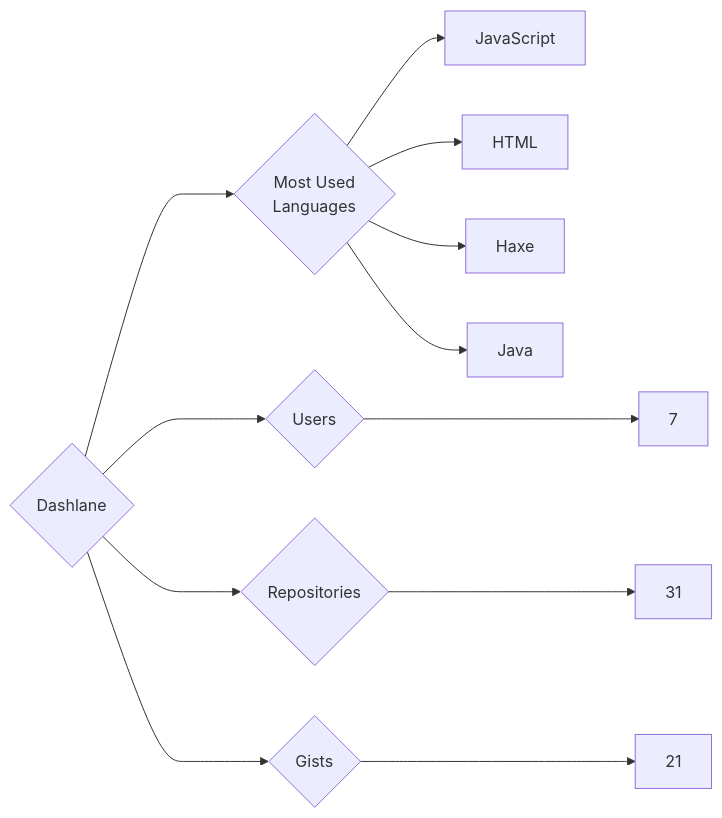
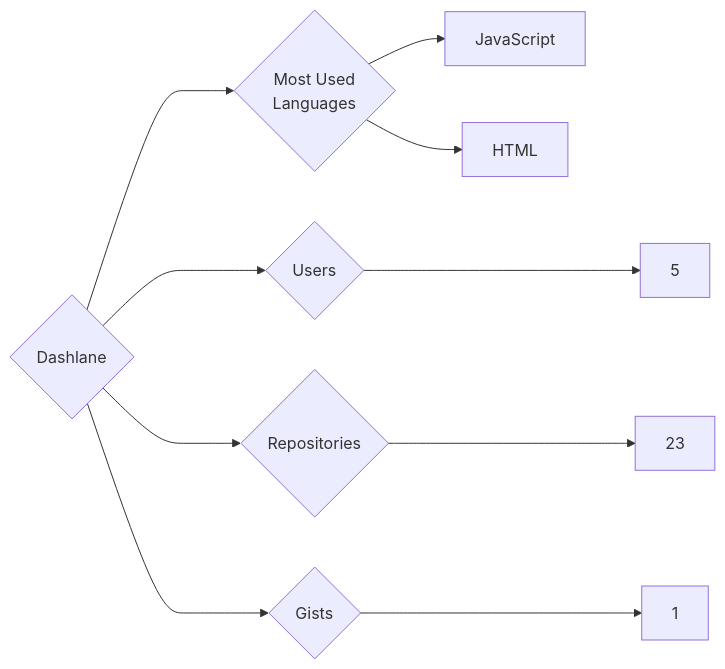
One commit to trickest/insiders changed the diagram in targets/Dashlane/README.md. Above: the diagram before and after it, drawn with Mermaid. The commit also changed 1084 other files, not shown here.

````diff
--- a/targets/Dashlane/README.md
+++ b/targets/Dashlane/README.md
@@ -3,12 +3,10 @@
 ```mermaid
 graph LR
 COMPANY_NAME{Dashlane}
-COMPANY_NAME ---> U{Users} ---> UN[7]
-COMPANY_NAME ---> R{Repositories} ---> RN[31]
-COMPANY_NAME ---> G{Gists} ---> GN[21]
+COMPANY_NAME ---> U{Users} ---> UN[5]
+COMPANY_NAME ---> R{Repositories} ---> RN[23]
+COMPANY_NAME ---> G{Gists} ---> GN[1]
 COMPANY_NAME ---> ML{Most Used<br>Languages}
 ML --> JavaScript[JavaScript]
 ML --> HTML[HTML]
-ML --> Haxe[Haxe]
-ML --> Java[Java]
 ```
````
